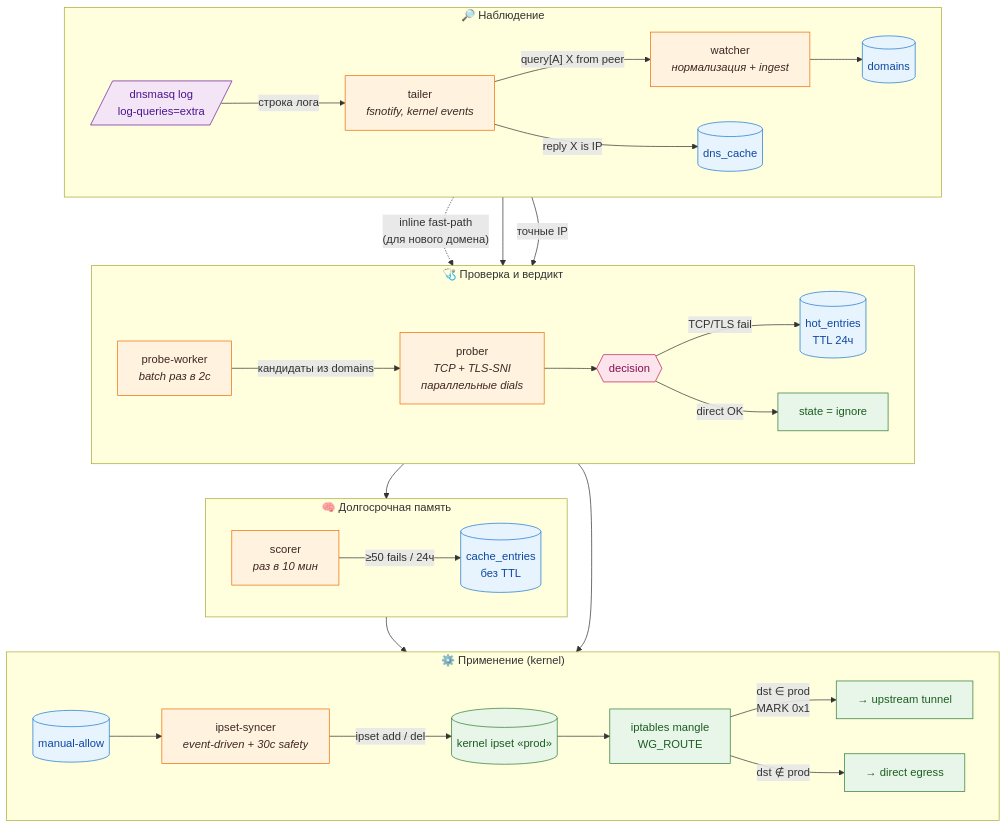
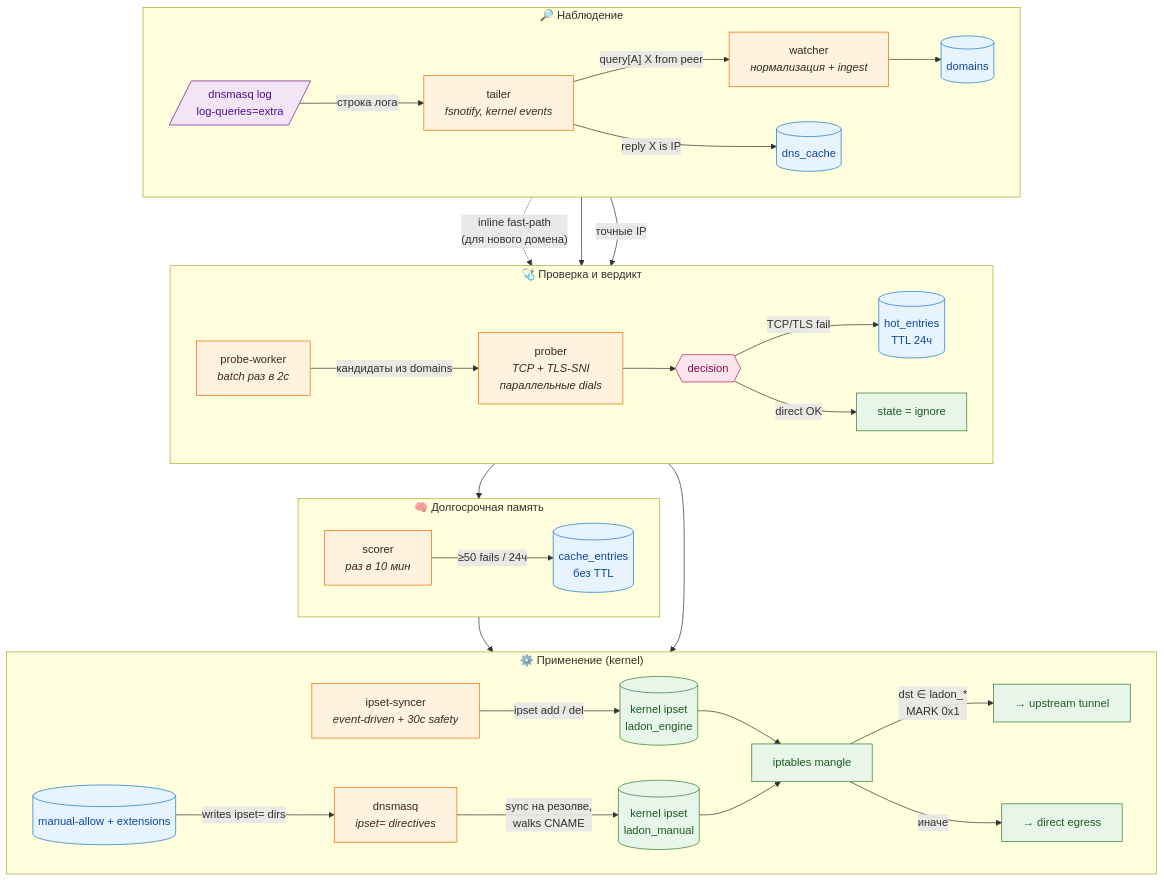
One commit to belotserkovtsev/Ladon changed the second of 2 diagrams in README.md. Above: the diagram before and after it, drawn with Mermaid. The commit also changed other lines of this file and 18 other files, not shown here.

First line of the commit message:
feat: extensions, dnsmasq delegation, one-line installer (#4)

````diff
--- a/README.md
+++ b/README.md
@@ -81,68 +84,72 @@
 ```mermaid
 flowchart TB
     subgraph observe["🔎 Наблюдение"]
         direction LR
         DNS[/"dnsmasq log<br/>log-queries=extra"/]
         TAIL["tailer<br/><i>fsnotify, kernel events</i>"]
         WATCH["watcher<br/><i>нормализация + ingest</i>"]
         DOMS[("domains")]
         CACHE[("dns_cache")]
         DNS -->|строка лога| TAIL
         TAIL -->|"query[A] X from peer"| WATCH
         TAIL -->|"reply X is IP"| CACHE
         WATCH --> DOMS
     end
 
     subgraph decide["🩺 Проверка и вердикт"]
         direction LR
         WORKER["probe-worker<br/><i>batch раз в 2с</i>"]
         PROBE["prober<br/><i>TCP + TLS-SNI<br/>параллельные dials</i>"]
         DEC{{"decision"}}
         HOT[("hot_entries<br/>TTL 24ч")]
         IGN["state = ignore"]
         WORKER -->|"кандидаты из domains"| PROBE
         PROBE --> DEC
         DEC -->|"TCP/TLS fail"| HOT
         DEC -->|"direct OK"| IGN
     end
 
     subgraph promote["🧠 Долгосрочная память"]
         direction LR
         SCORE["scorer<br/><i>раз в 10 мин</i>"]
         CEN[("cache_entries<br/>без TTL")]
         SCORE -->|"≥50 fails / 24ч"| CEN
     end
 
     subgraph apply["⚙️ Применение (kernel)"]
         direction LR
         SYNC["ipset-syncer<br/><i>event-driven + 30с safety</i>"]
-        MAN[("manual-allow")]
-        PROD[("kernel ipset «prod»")]
-        IPT["iptables mangle<br/>WG_ROUTE"]
+        MAN[("manual-allow + extensions")]
+        DNSMASQ["dnsmasq<br/><i>ipset= directives</i>"]
+        ENG[("kernel ipset<br/>ladon_engine")]
+        MNL[("kernel ipset<br/>ladon_manual")]
+        IPT["iptables mangle"]
         TUN["→ upstream tunnel"]
         DIR["→ direct egress"]
-        SYNC -->|"ipset add / del"| PROD
-        MAN --> SYNC
-        PROD --> IPT
-        IPT -->|"dst ∈ prod<br/>MARK 0x1"| TUN
-        IPT -->|"dst ∉ prod"| DIR
+        SYNC -->|"ipset add / del"| ENG
+        MAN -->|"writes ipset= dirs"| DNSMASQ
+        DNSMASQ -->|"sync на резолве,<br/>walks CNAME"| MNL
+        ENG --> IPT
+        MNL --> IPT
+        IPT -->|"dst ∈ ladon_*<br/>MARK 0x1"| TUN
+        IPT -->|"иначе"| DIR
     end
 
     TAIL -. "inline fast-path<br/>(для нового домена)" .-> PROBE
     DOMS --> WORKER
     CACHE -->|"точные IP"| PROBE
     HOT --> SCORE
     HOT --> SYNC
     CEN --> SYNC
 
     classDef store fill:#e8f4fd,stroke:#1976d2,color:#0d47a1
     classDef proc fill:#fff3e0,stroke:#ef6c00,color:#3e2723
     classDef decisionNode fill:#fce4ec,stroke:#c2185b,color:#880e4f
     classDef kernelNode fill:#e8f5e9,stroke:#2e7d32,color:#1b5e20
     classDef source fill:#f3e5f5,stroke:#6a1b9a,color:#4a148c
     class DNS source
-    class TAIL,WATCH,WORKER,PROBE,SCORE,SYNC proc
+    class TAIL,WATCH,WORKER,PROBE,SCORE,SYNC,DNSMASQ proc
     class DOMS,CACHE,HOT,CEN,MAN store
     class DEC decisionNode
-    class PROD,IPT,TUN,DIR,IGN kernelNode
+    class ENG,MNL,IPT,TUN,DIR,IGN kernelNode
 ```
````
